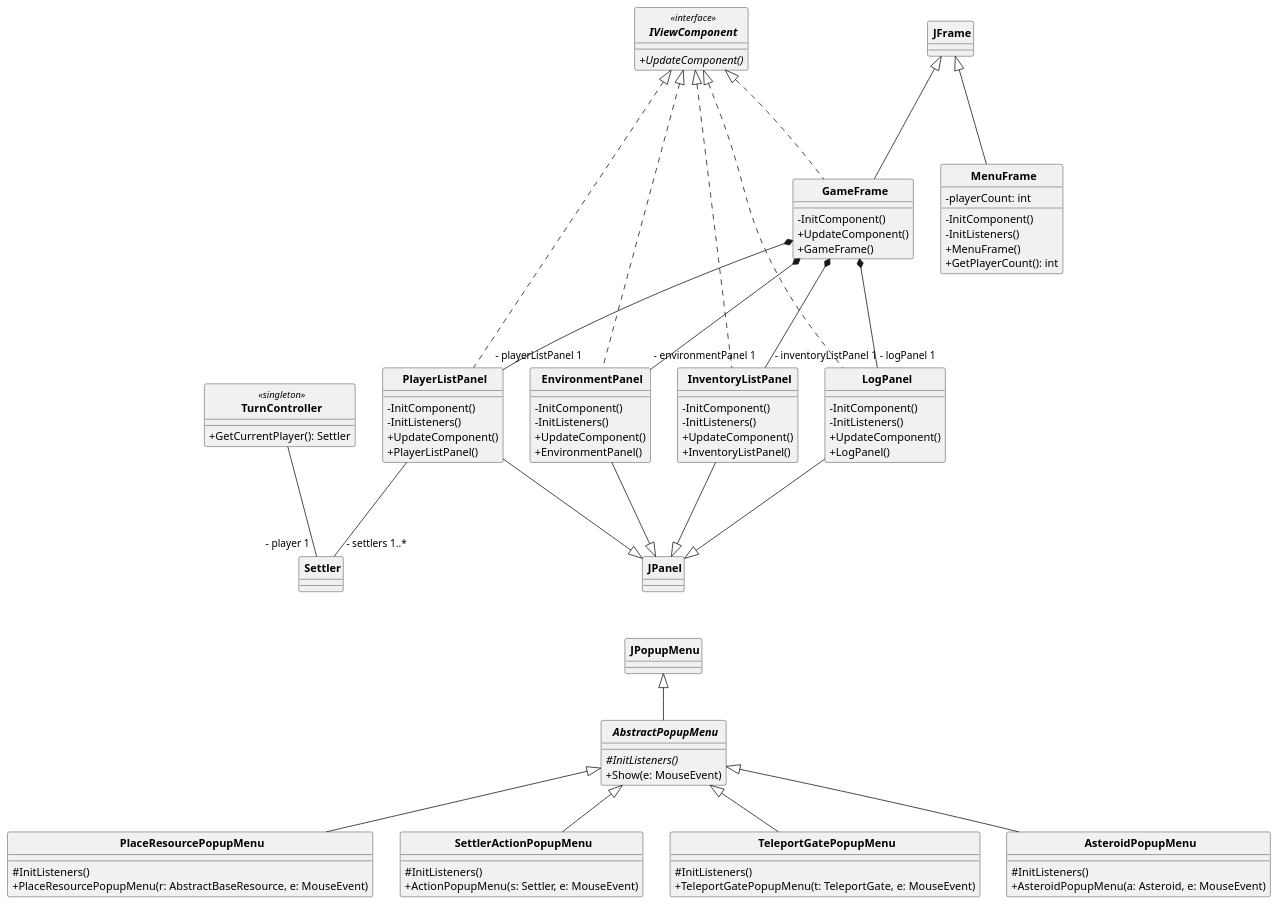
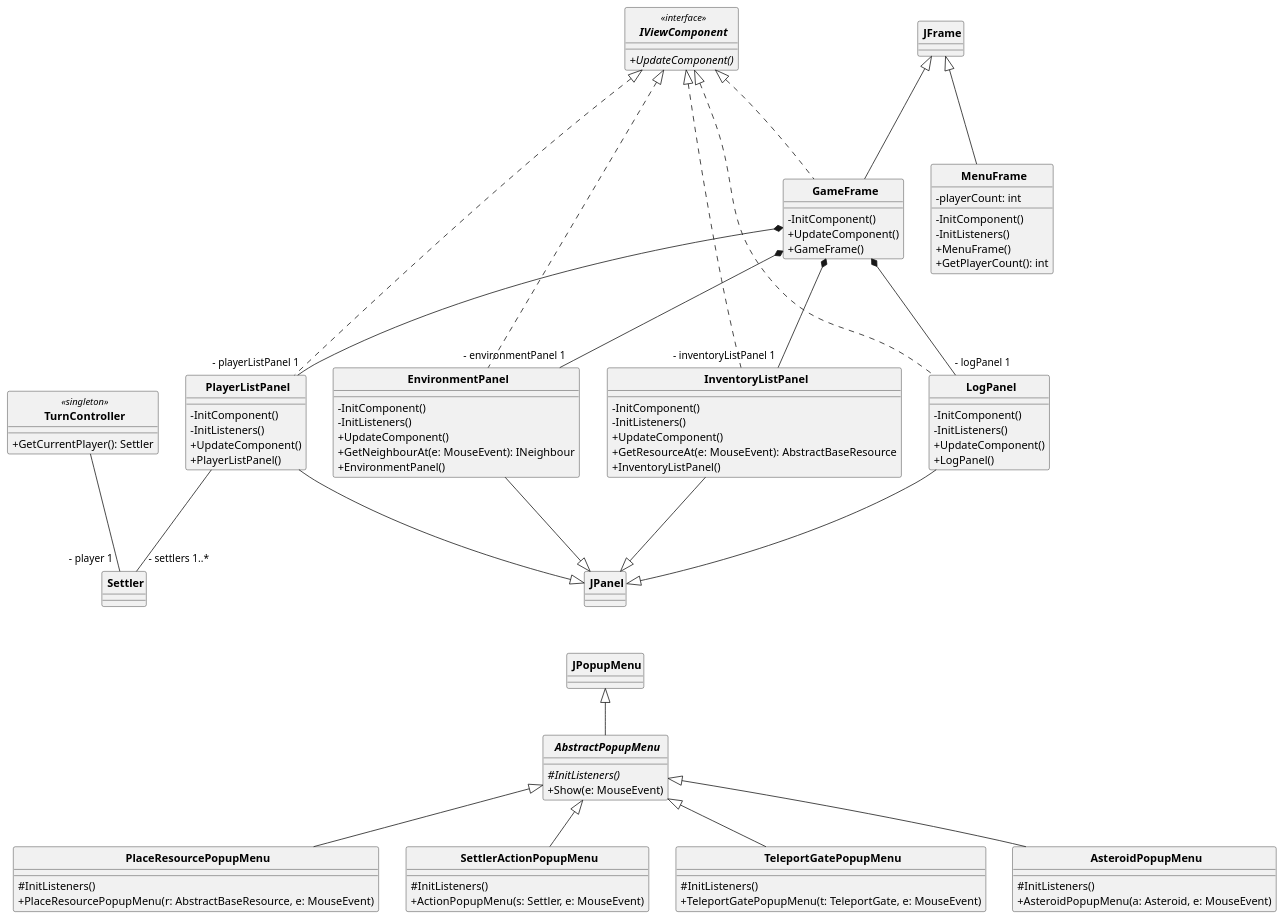
One commit to triszt4n/projlab_holy_oil changed the diagram in uml/class_diagrams/gui_class.plantuml. Above: the diagram before and after it, drawn with PlantUML. The commit also changed 6 other files, not shown here.

```diff
--- a/uml/class_diagrams/gui_class.plantuml
+++ b/uml/class_diagrams/gui_class.plantuml
@@ -1,128 +1,130 @@
 @startuml classdiagram
 
 skinparam ClassAttributeIconSize 0
 skinparam CircledCharacterRadius 0
 skinparam CircledCharacterFontSize 0
 skinparam ClassFontStyle bold
 
 class JFrame {}
 class JPanel {}
 class JPopupMenu {}
 
 ' package: viewcomponents
 interface IViewComponent << interface >> {
   {abstract} + UpdateComponent()
 }
 
 together {
   class MenuFrame {
     - playerCount: int
     - InitComponent()
     - InitListeners()
     + MenuFrame()
     + GetPlayerCount(): int
   }
 
   class GameFrame {
     - InitComponent()
     + UpdateComponent()
     + GameFrame()
   }
 }
 
 together {
   class EnvironmentPanel {
     - InitComponent()
     - InitListeners()
     + UpdateComponent()
+    + GetNeighbourAt(e: MouseEvent): INeighbour
     + EnvironmentPanel()
   }
 
   class InventoryListPanel {
     - InitComponent()
     - InitListeners()
     + UpdateComponent()
+    + GetResourceAt(e: MouseEvent): AbstractBaseResource
     + InventoryListPanel()
   }
 
   class PlayerListPanel {
     - InitComponent()
     - InitListeners()
     + UpdateComponent()
     + PlayerListPanel()
   }
 
   class LogPanel {
     - InitComponent()
     - InitListeners()
     + UpdateComponent()
     + LogPanel()
   }
 }
 
 abstract class AbstractPopupMenu {
   {abstract}# InitListeners()
   + Show(e: MouseEvent)
 }
 
 together {
   class AsteroidPopupMenu {
     # InitListeners()
     + AsteroidPopupMenu(a: Asteroid, e: MouseEvent)
   }
 
   class TeleportGatePopupMenu {
     # InitListeners()
     + TeleportGatePopupMenu(t: TeleportGate, e: MouseEvent)
   }
 
   class SettlerActionPopupMenu {
     # InitListeners()
     + ActionPopupMenu(s: Settler, e: MouseEvent)
   }
 
   class PlaceResourcePopupMenu {
     # InitListeners()
     + PlaceResourcePopupMenu(r: AbstractBaseResource, e: MouseEvent)
   }
 }
 
 class TurnController << singleton >> {
   + GetCurrentPlayer(): Settler
 }
 
 ' Interface realizations
 GameFrame .up..|> IViewComponent
 EnvironmentPanel .up..|> IViewComponent
 InventoryListPanel .up..|> IViewComponent
 PlayerListPanel .up..|> IViewComponent
 LogPanel .up..|> IViewComponent
 
 ' Inheritance
 GameFrame -up--|> JFrame
 MenuFrame -up--|> JFrame
 
 EnvironmentPanel -down--|> JPanel
 InventoryListPanel -down--|> JPanel
 PlayerListPanel -down--|> JPanel
 LogPanel -down--|> JPanel
 
 AbstractPopupMenu -up-|> JPopupMenu
 AsteroidPopupMenu -up-|> AbstractPopupMenu
 TeleportGatePopupMenu -up-|> AbstractPopupMenu
 SettlerActionPopupMenu -up-|> AbstractPopupMenu
 PlaceResourcePopupMenu -up-|> AbstractPopupMenu
 
 ' This is for better display
 JPopupMenu -[hidden]up-> JPanel
 
 ' Associations
 GameFrame *--- "- environmentPanel 1" EnvironmentPanel
 GameFrame *--- "- inventoryListPanel 1" InventoryListPanel
 GameFrame *--- "- playerListPanel 1" PlayerListPanel
 GameFrame *--- "- logPanel 1" LogPanel
 
 PlayerListPanel --- "- settlers 1..*" Settler
 TurnController --- "- player 1" Settler
 
 @enduml
```
